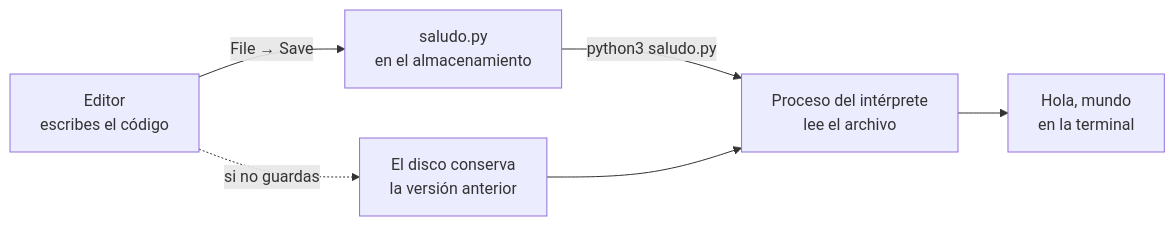
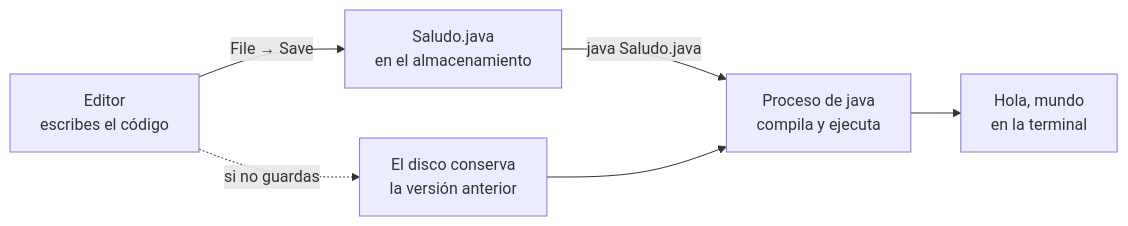
The third of 7 diagrams in web/public/content/foundations/modulo-0.md (NICORUIZ93/The_Imperial_Book), drawn with Mermaid before and after one commit. The commit also changed other lines of this file and 4 other files, not shown here.

````diff
--- a/web/public/content/foundations/modulo-0.md
+++ b/web/public/content/foundations/modulo-0.md
@@ -443,8 +451,8 @@
 ```mermaid
 flowchart LR
-    A["Editor<br/>escribes el código"] -->|"File → Save"| B["saludo.py<br/>en el almacenamiento"]
-    B -->|"python3 saludo.py"| C["Proceso del intérprete<br/>lee el archivo"]
+    A["Editor<br/>escribes el código"] -->|"File → Save"| B["Saludo.java<br/>en el almacenamiento"]
+    B -->|"java Saludo.java"| C["Proceso de java<br/>compila y ejecuta"]
     C --> D["Hola, mundo<br/>en la terminal"]
     A -.->|"si no guardas"| E["El disco conserva<br/>la versión anterior"]
     E --> C
 ```
````
